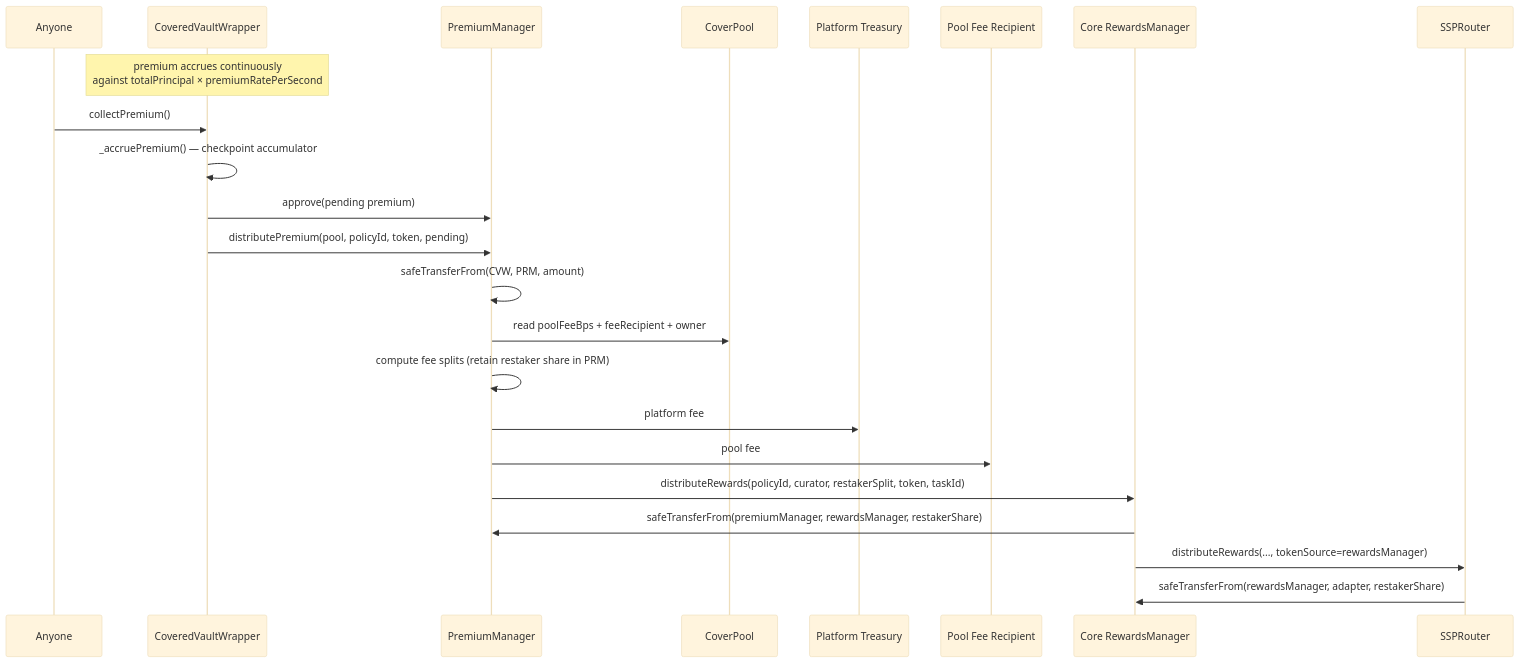
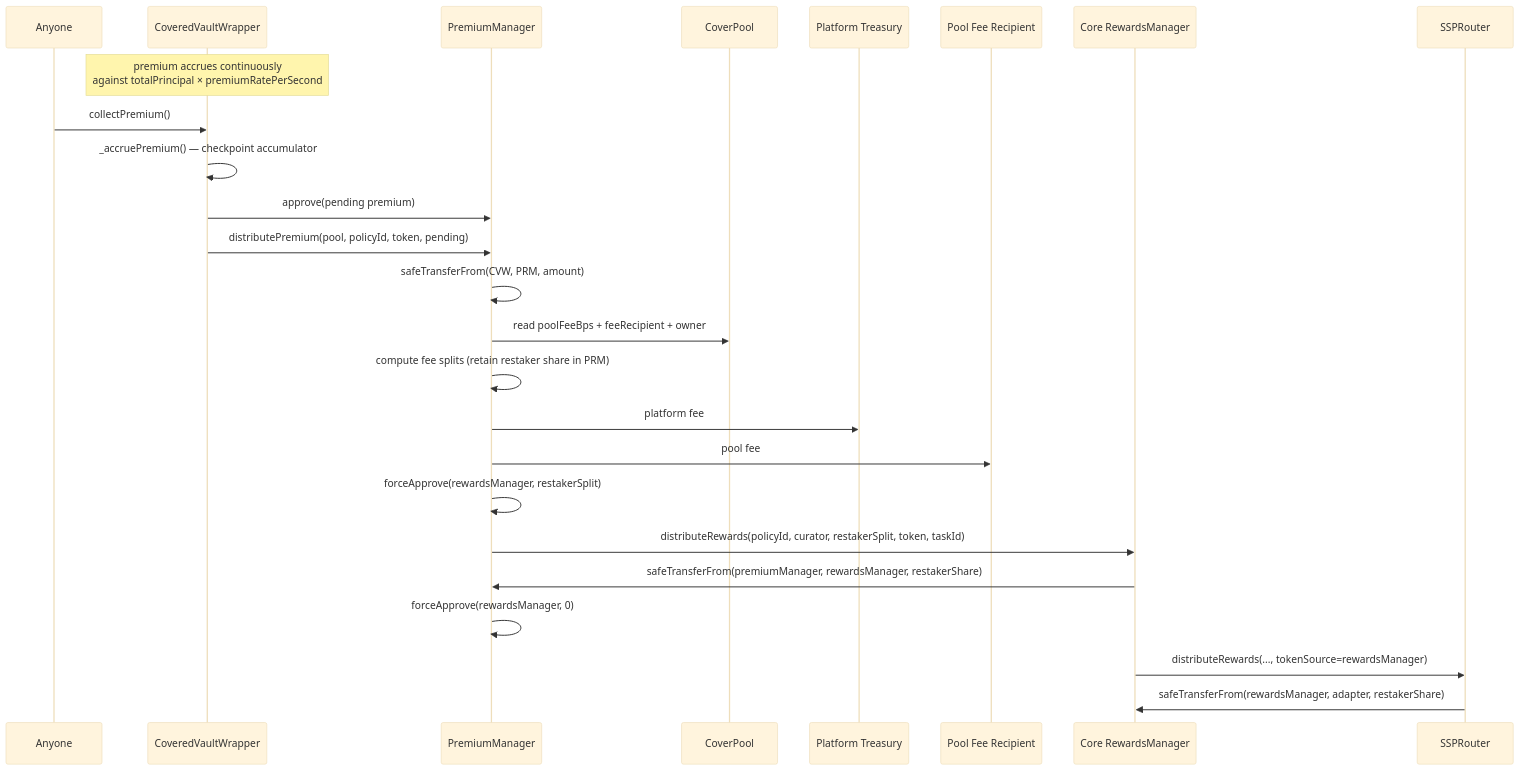
The second of 5 diagrams in docs/architecture/06-premiums-claims.md (0xcatalysis/coverage), drawn with Mermaid (base theme) before and after one commit. The commit also changed other lines of this file and 16 other files, not shown here.

````diff
--- a/docs/architecture/06-premiums-claims.md
+++ b/docs/architecture/06-premiums-claims.md
@@ -57,26 +57,28 @@
 ```mermaid
 sequenceDiagram
     participant Anyone
     participant CVW as CoveredVaultWrapper
     participant PRM as PremiumManager
     participant Pool as CoverPool
     participant Treasury as Platform Treasury
     participant PoolRecipient as Pool Fee Recipient
     participant RM as Core RewardsManager
     participant SSP as SSPRouter
 
     Note over CVW: premium accrues continuously<br/>against totalPrincipal × premiumRatePerSecond
     Anyone->>CVW: collectPremium()
     CVW->>CVW: _accruePremium() — checkpoint accumulator
     CVW->>PRM: approve(pending premium)
     CVW->>PRM: distributePremium(pool, policyId, token, pending)
     PRM->>PRM: safeTransferFrom(CVW, PRM, amount)
     PRM->>Pool: read poolFeeBps + feeRecipient + owner
     PRM->>PRM: compute fee splits (retain restaker share in PRM)
     PRM->>Treasury: platform fee
     PRM->>PoolRecipient: pool fee
+    PRM->>PRM: forceApprove(rewardsManager, restakerSplit)
     PRM->>RM: distributeRewards(policyId, curator, restakerSplit, token, taskId)
     RM->>PRM: safeTransferFrom(premiumManager, rewardsManager, restakerShare)
+    PRM->>PRM: forceApprove(rewardsManager, 0)
     RM->>SSP: distributeRewards(..., tokenSource=rewardsManager)
     SSP->>RM: safeTransferFrom(rewardsManager, adapter, restakerShare)
 ```
````
